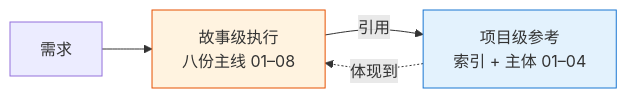
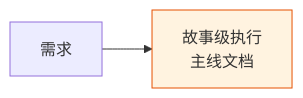
The first of 3 diagrams in skills/rui/coder.md (effiy/YrY), drawn with Mermaid before and after one commit. The commit also changed other lines of this file and 18 other files, not shown here.

````diff
--- a/skills/rui/coder.md
+++ b/skills/rui/coder.md
@@ -28,8 +9,5 @@
 ```mermaid
 flowchart LR
-    Req[需求] --> Story["故事级执行<br/>八份主线 01–08"]:::story
-    Story -->|引用| Ref["项目级参考<br/>索引 + 主体 01–04"]:::ref
-    Ref -.体现到.-> Story
+    Req[需求] --> Story["故事级执行<br/>主线文档"]:::story
     classDef story fill:#fff3e0,stroke:#e65100;
-    classDef ref fill:#e3f2fd,stroke:#1976d2;
 ```
````
